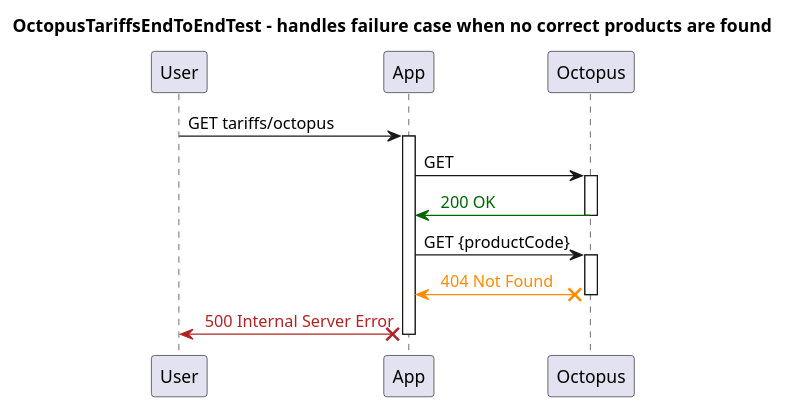
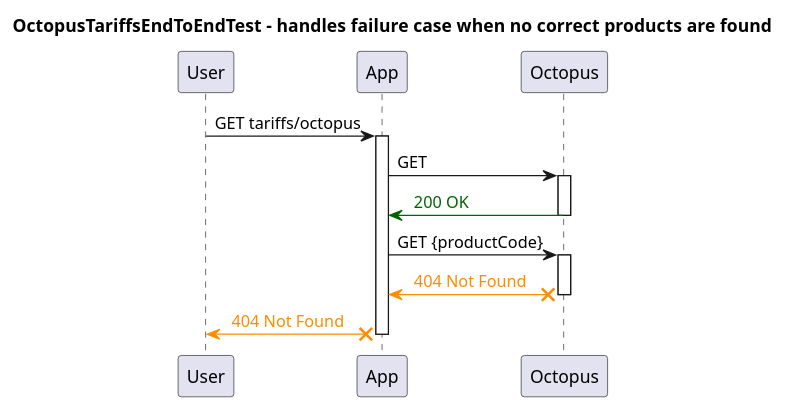
The diagram in WebApp/sequences/OctopusTariffsEndToEndTest - handles failure case when no correct products are found - Sequence.puml (JamesWheadon/Carbon-Intensity), drawn with PlantUML before and after one commit. The commit also changed 2 other files, not shown here.

Commit message:
Separate return for no products or an error for tariffs

```diff
--- a/WebApp/sequences/OctopusTariffsEndToEndTest - handles failure case when no correct products are found - Sequence.puml
+++ b/WebApp/sequences/OctopusTariffsEndToEndTest - handles failure case when no correct products are found - Sequence.puml
@@ -1,20 +1,20 @@
 @startuml
 title OctopusTariffsEndToEndTest - handles failure case when no correct products are found
 participant "User"
 participant "App"
 participant "Octopus"
 "User" -> "App": GET tariffs/octopus
 activate "App"
 "App" -> "Octopus": GET 
 activate "Octopus"
 
 "Octopus" -[#DarkGreen]> "App": <color:DarkGreen> 200 OK
 deactivate "Octopus"
 "App" -> "Octopus": GET {productCode}
 activate "Octopus"
 
 "Octopus" X-[#DarkOrange]> "App": <color:DarkOrange> 404 Not Found
 deactivate "Octopus"
-"App" X-[#FireBrick]> "User": <color:FireBrick> 500 Internal Server Error
+"App" X-[#DarkOrange]> "User": <color:DarkOrange> 404 Not Found
 deactivate "App"
 @enduml
```
